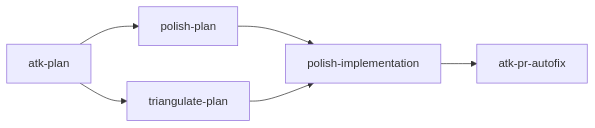
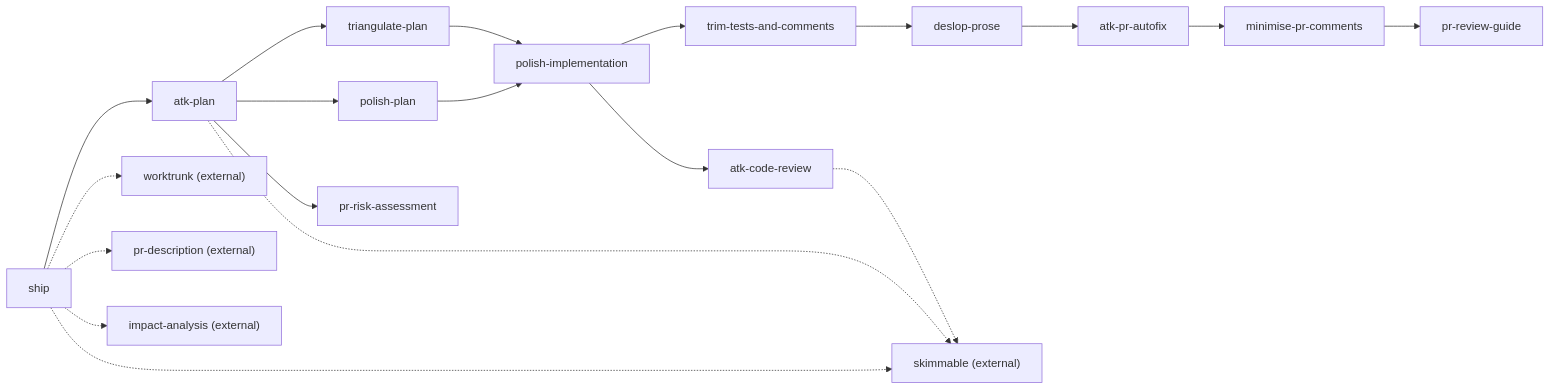
The diagram in docs/skills.md (rstacruz/agentic-toolkit), drawn with Mermaid before and after one commit. The commit also changed other lines of this file and 10 other files, not shown here.

````diff
--- a/docs/skills.md
+++ b/docs/skills.md
@@ -5,8 +5,22 @@
 ```mermaid
 graph LR
-  atk_plan["atk-plan"] --> polish_plan["polish-plan"]
-  atk_plan["atk-plan"] --> triangulate_plan["triangulate-plan"]
+  ship["ship"] --> atk_plan["atk-plan"]
+  atk_plan --> polish_plan["polish-plan"]
+  atk_plan --> triangulate_plan["triangulate-plan"]
+  atk_plan --> pr_risk_assessment["pr-risk-assessment"]
   polish_plan --> polish_implementation["polish-implementation"]
   triangulate_plan --> polish_implementation
-  polish_implementation --> atk_pr_autofix["atk-pr-autofix"]
+  polish_implementation --> atk_code_review["atk-code-review"]
+  polish_implementation --> trim_tests_and_comments["trim-tests-and-comments"]
+  trim_tests_and_comments --> deslop_prose["deslop-prose"]
+  deslop_prose --> atk_pr_autofix["atk-pr-autofix"]
+  atk_pr_autofix --> minimise_pr_comments["minimise-pr-comments"]
+  minimise_pr_comments --> pr_review_guide["pr-review-guide"]
+
+  ship -.-> worktrunk["worktrunk (external)"]
+  ship -.-> pr_description["pr-description (external)"]
+  ship -.-> impact_analysis["impact-analysis (external)"]
+  ship -.-> skimmable["skimmable (external)"]
+  atk_plan -.-> skimmable
+  atk_code_review -.-> skimmable
 ```
````
